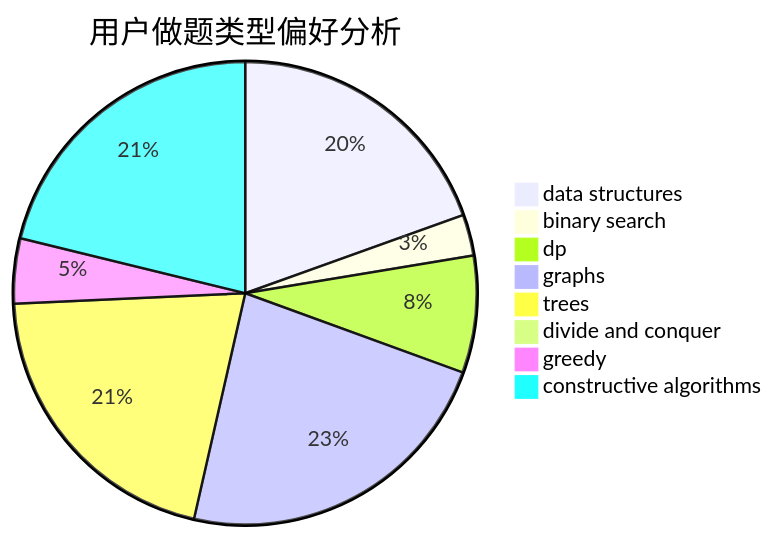
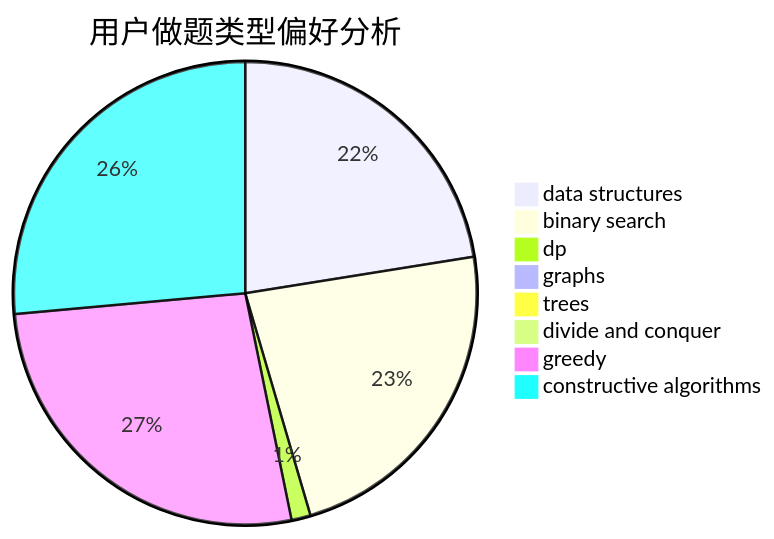
One commit to sherpahu/cfrs.github.io changed the second of 3 diagrams in docs/user/u986.md. Above: the diagram before and after it, drawn with Mermaid. The commit also changed other lines of this file and 2770 other files, not shown here.

````diff
--- a/docs/user/u986.md
+++ b/docs/user/u986.md
@@ -23,11 +23,11 @@
 ```mermaid
 pie title 用户做题类型偏好分析
-    "data structures" :  129
-    "binary search" :  19
-    "dp" :  54
-    "graphs" :  152
-    "trees" :  137
+    "data structures" :  403
+    "binary search" :  412
+    "dp" :  24
+    "graphs" :  0
+    "trees" :  3
     "divide and conquer" :  0
-    "greedy" :  30
-    "constructive algorithms" :  140
+    "greedy" :  480
+    "constructive algorithms" :  474
 ```
````
